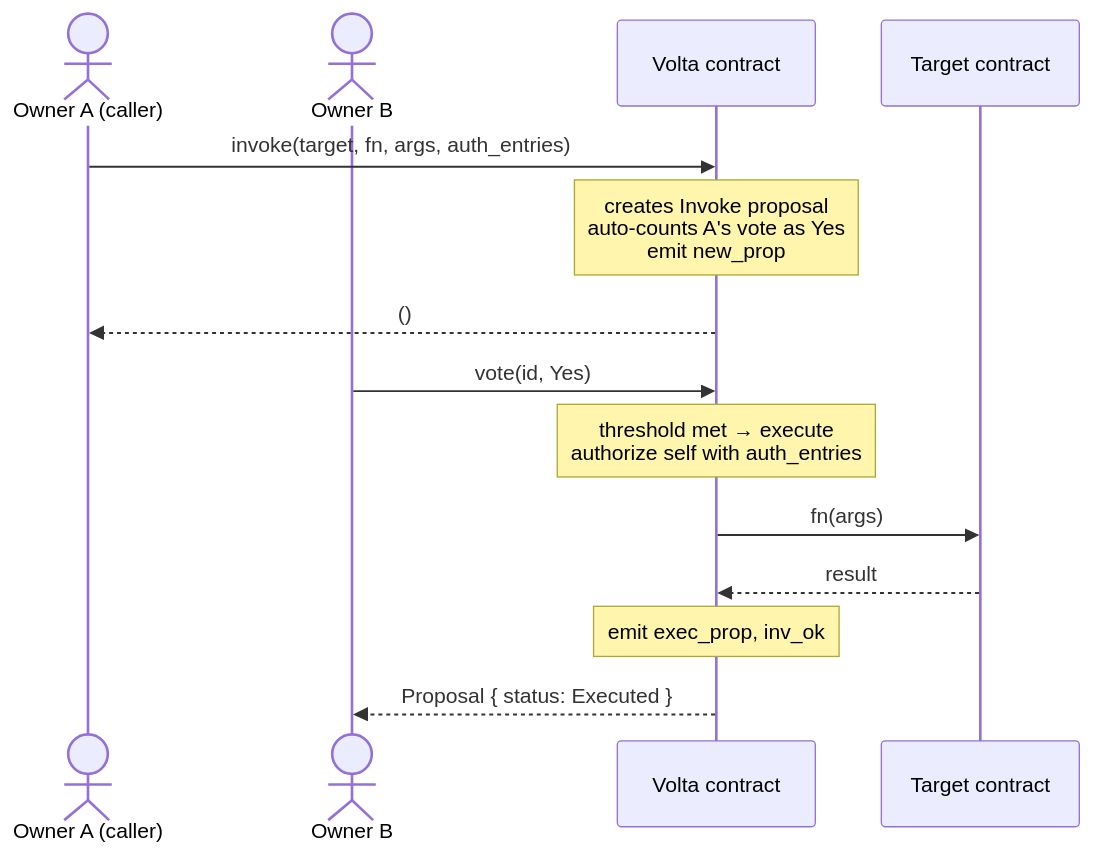
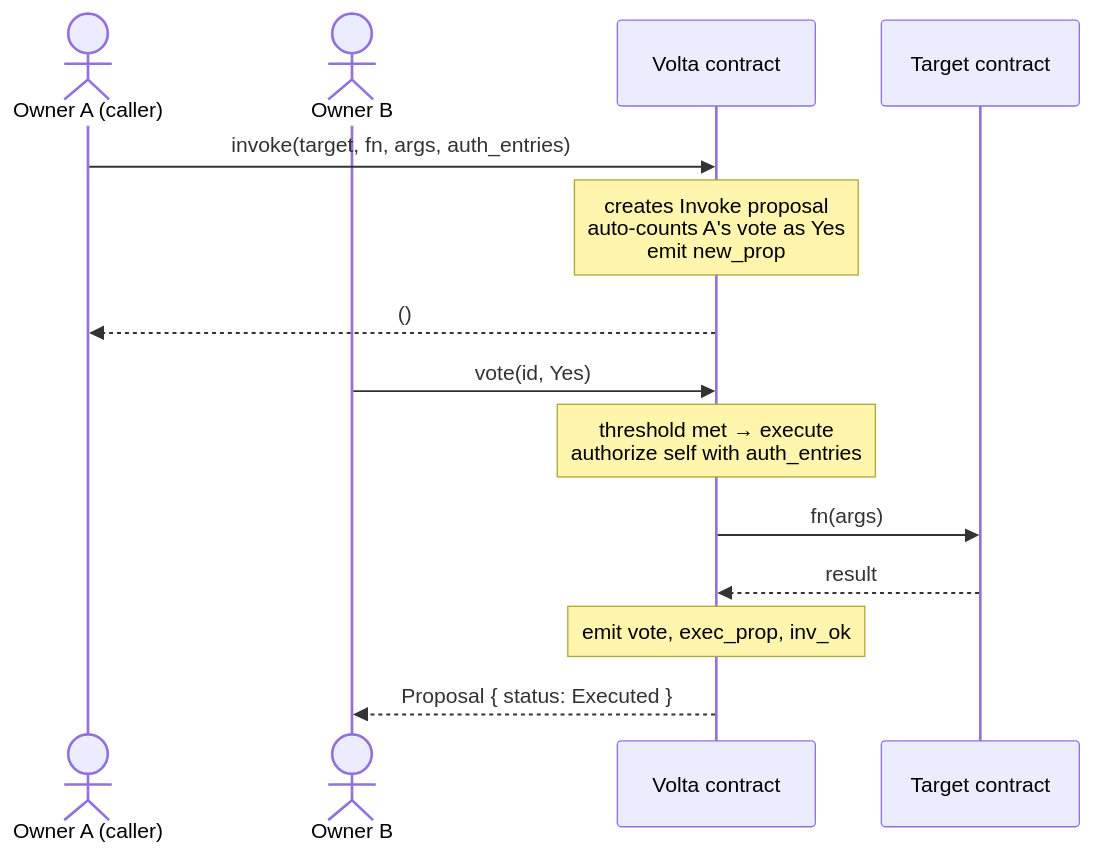
The second of 4 diagrams in docs/stellar/index.md (VoltaHQ/docs), drawn with Mermaid before and after one commit. The commit also changed other lines of this file and 1 other file, not shown here.

First line of the commit message:
Fix incorrect event emissions and math in Common Flows diagrams

````diff
--- a/docs/stellar/index.md
+++ b/docs/stellar/index.md
@@ -98,18 +98,18 @@
 ```mermaid
 sequenceDiagram
     actor A as Owner A (caller)
     actor B as Owner B
     participant V as Volta contract
     participant T as Target contract
 
     A->>V: invoke(target, fn, args, auth_entries)
     Note over V: creates Invoke proposal<br/>auto-counts A's vote as Yes<br/>emit new_prop
     V-->>A: ()
 
     B->>V: vote(id, Yes)
     Note over V: threshold met → execute<br/>authorize self with auth_entries
     V->>T: fn(args)
     T-->>V: result
-    Note over V: emit exec_prop, inv_ok
+    Note over V: emit vote, exec_prop, inv_ok
     V-->>B: Proposal { status: Executed }
 ```
````
